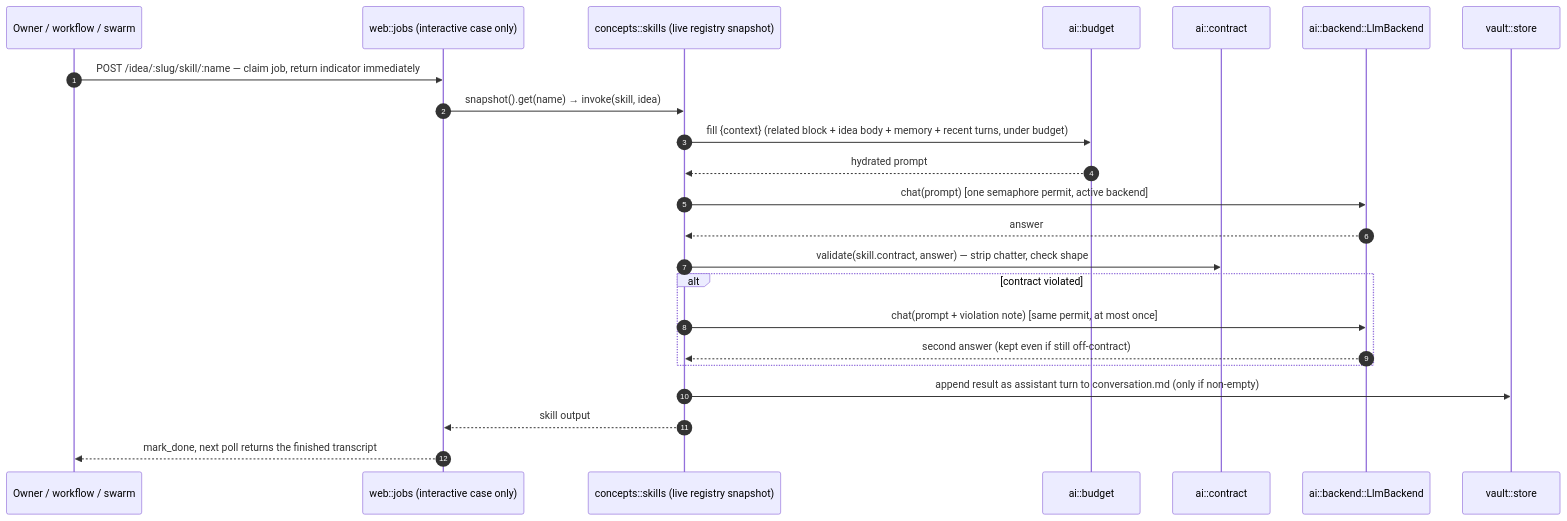
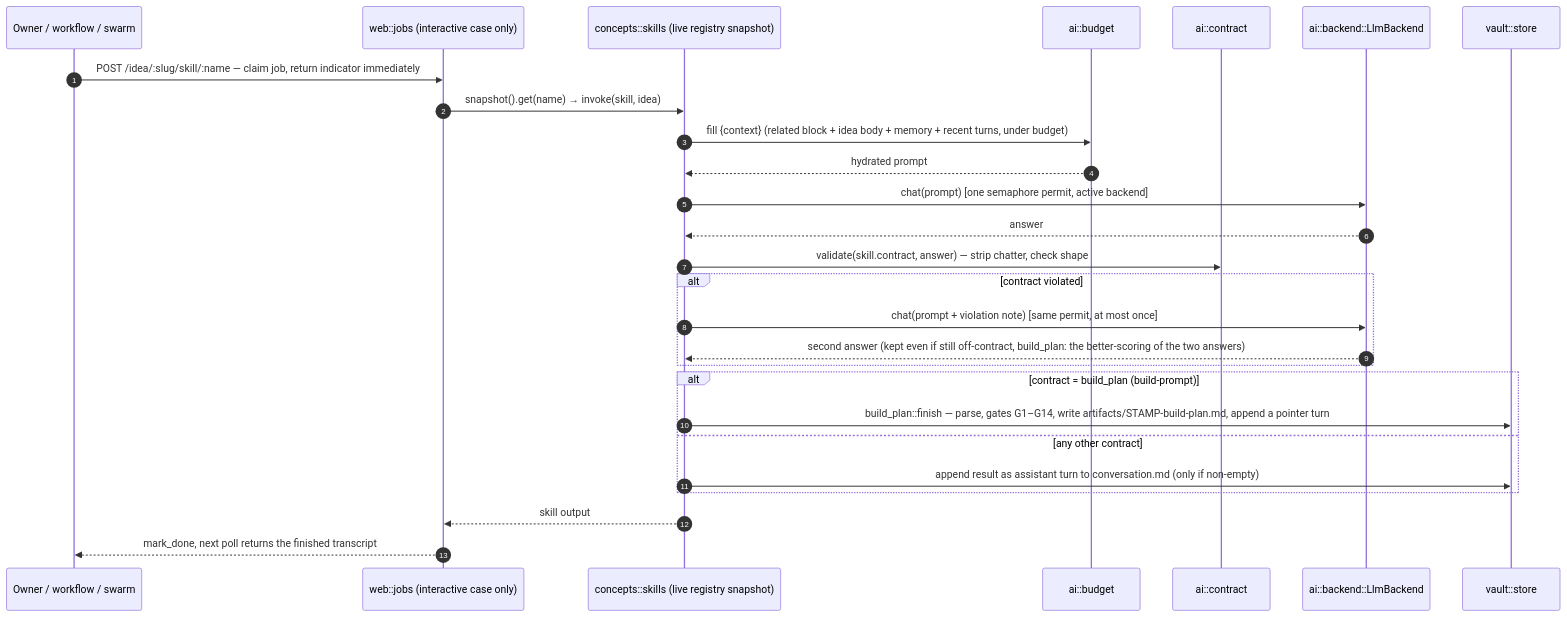
One commit to jasdian/idea-vault changed the diagram in docs/06-concepts/skills.md. Above: the diagram before and after it, drawn with Mermaid. The commit also changed other lines of this file and 7 other files, not shown here.

````diff
--- a/docs/06-concepts/skills.md
+++ b/docs/06-concepts/skills.md
@@ -117,26 +121,30 @@
 ```mermaid
 sequenceDiagram
     autonumber
     participant U as Owner / workflow / swarm
     participant J as web::jobs (interactive case only)
     participant Reg as concepts::skills (live registry snapshot)
     participant Bud as ai::budget
     participant C as ai::contract
     participant L as ai::backend::LlmBackend
     participant V as vault::store
 
     U->>J: POST /idea/:slug/skill/:name — claim job, return indicator immediately
     J->>Reg: snapshot().get(name) → invoke(skill, idea)
     Reg->>Bud: fill {context} (related block + idea body + memory + recent turns, under budget)
     Bud-->>Reg: hydrated prompt
     Reg->>L: chat(prompt) [one semaphore permit, active backend]
     L-->>Reg: answer
     Reg->>C: validate(skill.contract, answer) — strip chatter, check shape
     alt contract violated
         Reg->>L: chat(prompt + violation note) [same permit, at most once]
-        L-->>Reg: second answer (kept even if still off-contract)
+        L-->>Reg: second answer (kept even if still off-contract, build_plan: the better-scoring of the two answers)
     end
-    Reg->>V: append result as assistant turn to conversation.md (only if non-empty)
+    alt contract = build_plan (build-prompt)
+        Reg->>V: build_plan::finish — parse, gates G1–G14, write artifacts/STAMP-build-plan.md, append a pointer turn
+    else any other contract
+        Reg->>V: append result as assistant turn to conversation.md (only if non-empty)
+    end
     Reg-->>J: skill output
     J-->>U: mark_done, next poll returns the finished transcript
 ```
````
